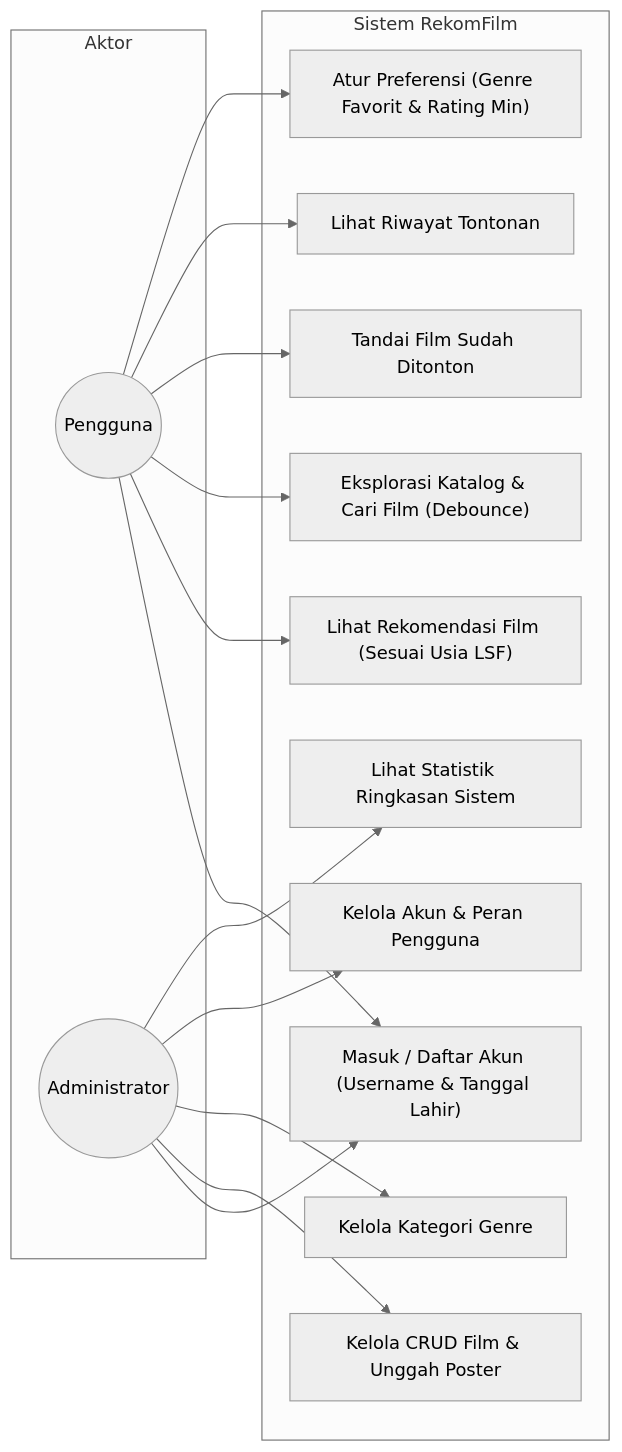
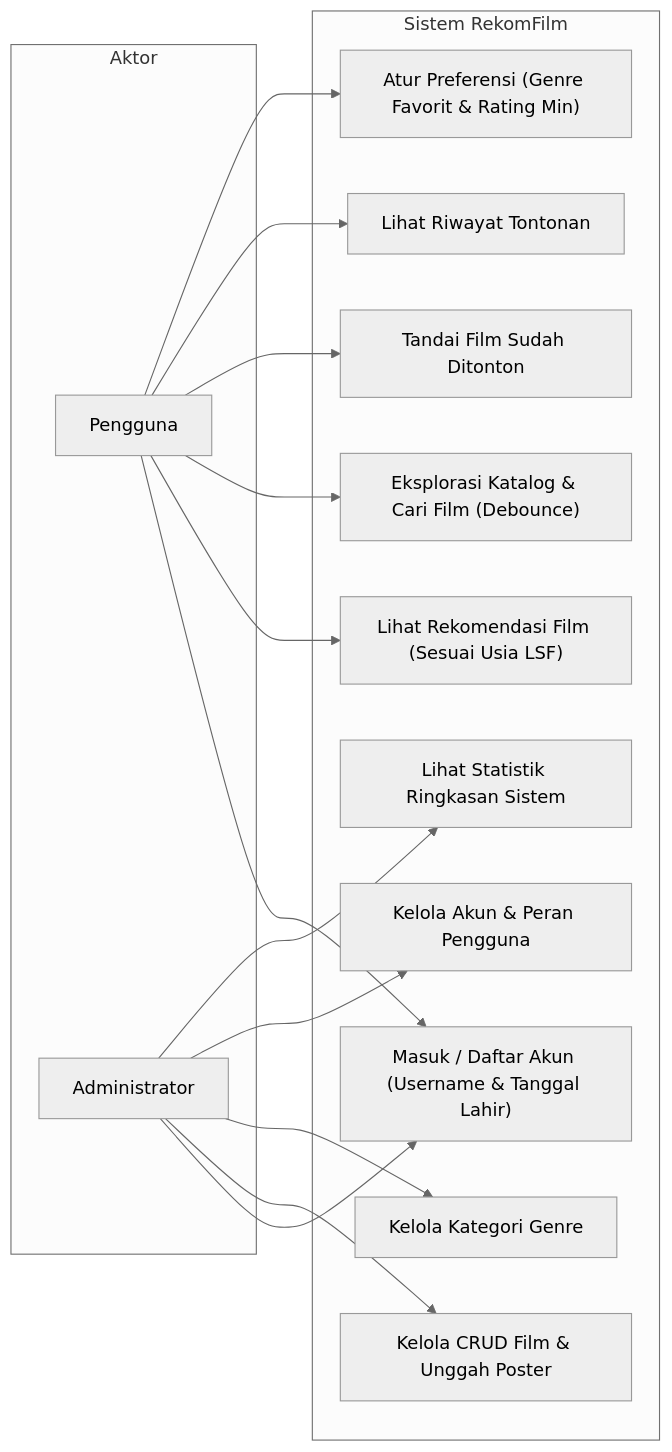
The fourth of 6 diagrams in DOKUMENTASI_PROYEK.md (MangOleh22/rekomendasi-film), drawn with Mermaid (neutral theme) before and after one commit. The commit also changed other lines of this file, not shown here.

Commit message:
fix: perbaiki sintaks mermaid ERD, LRS, dan Activity Diagram untuk GitHub

````diff
--- a/DOKUMENTASI_PROYEK.md
+++ b/DOKUMENTASI_PROYEK.md
@@ -189,33 +190,33 @@
 ```mermaid
 flowchart LR
     subgraph Aktor
-        U(("Pengguna"))
-        A(("Administrator"))
+        U["Pengguna"]
+        A["Administrator"]
     end
 
     subgraph "Sistem RekomFilm"
         UC1["Masuk / Daftar Akun (Username & Tanggal Lahir)"]
         UC2["Lihat Rekomendasi Film (Sesuai Usia LSF)"]
         UC3["Eksplorasi Katalog & Cari Film (Debounce)"]
         UC4["Tandai Film Sudah Ditonton"]
         UC5["Lihat Riwayat Tontonan"]
         UC6["Atur Preferensi (Genre Favorit & Rating Min)"]
         UC7["Kelola CRUD Film & Unggah Poster"]
         UC8["Kelola Kategori Genre"]
         UC9["Kelola Akun & Peran Pengguna"]
         UC10["Lihat Statistik Ringkasan Sistem"]
     end
 
     U --> UC1
     U --> UC2
     U --> UC3
     U --> UC4
     U --> UC5
     U --> UC6
 
     A --> UC1
     A --> UC7
     A --> UC8
     A --> UC9
     A --> UC10
 ```
````
